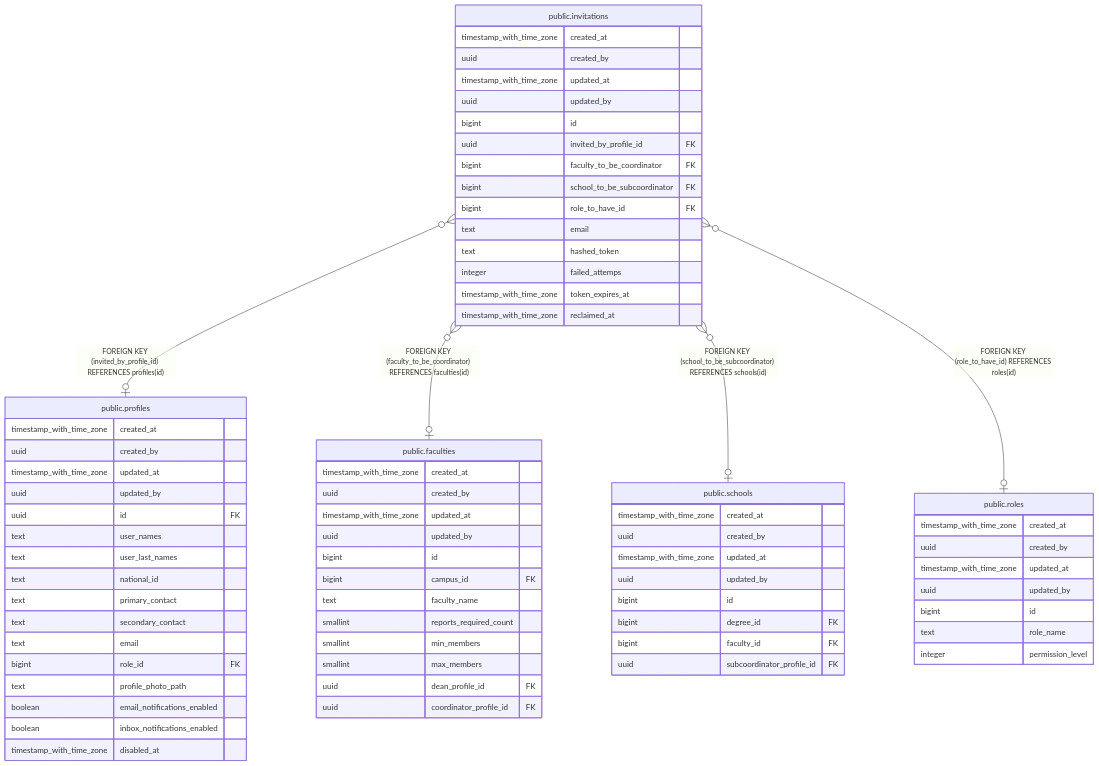
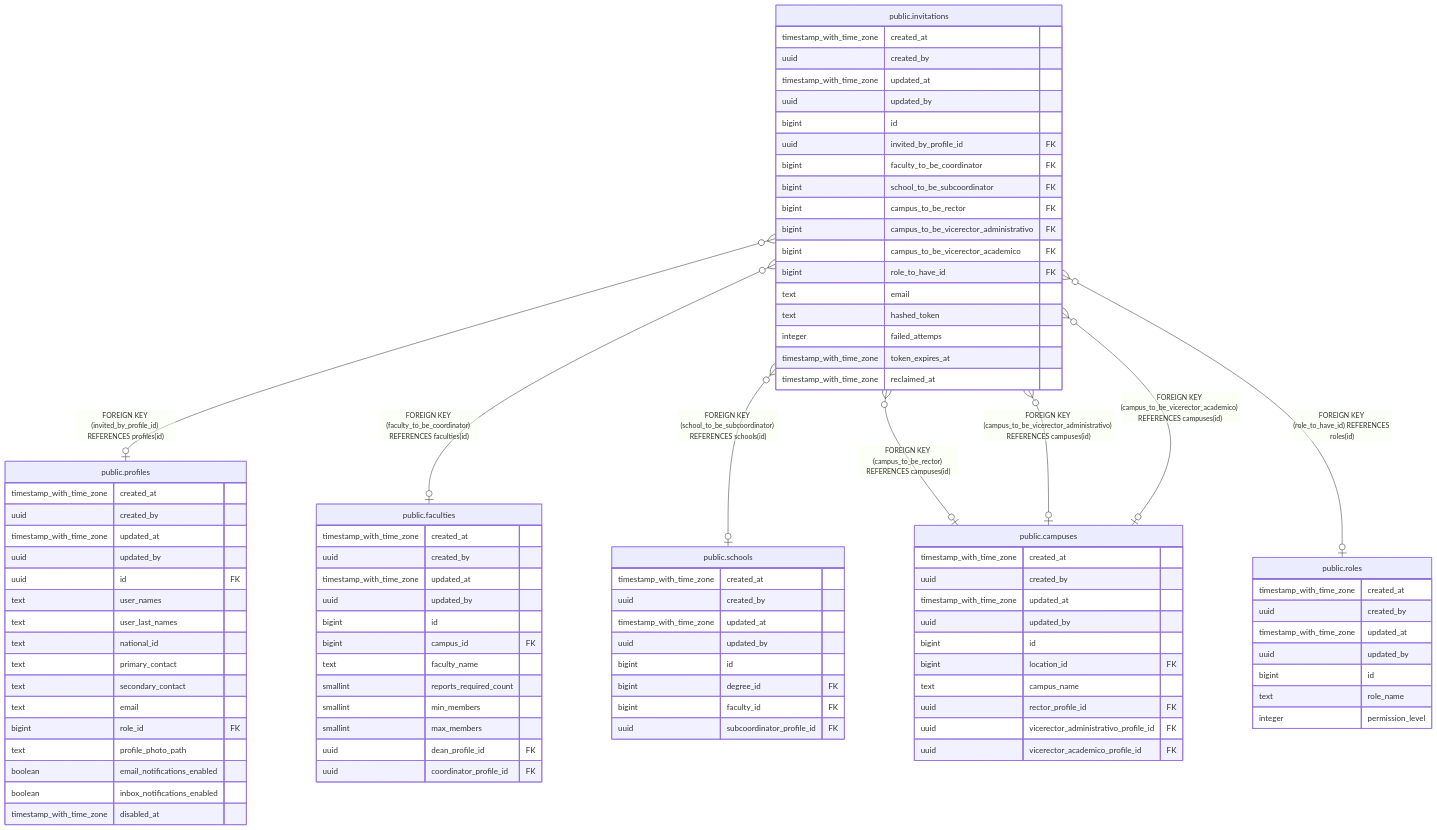
Before and after one commit to icristianhernandez/academic-service-backend: the diagram in docs/db/tbls/public.invitations.md, drawn with Mermaid. The commit also changed other lines of this file and 11 other files, not shown here.

```diff
--- a/docs/db/tbls/public.invitations.md
+++ b/docs/db/tbls/public.invitations.md
@@ -56,6 +62,9 @@
 "public.invitations" }o--o| "public.profiles" : "FOREIGN KEY (invited_by_profile_id) REFERENCES profiles(id)"
 "public.invitations" }o--o| "public.faculties" : "FOREIGN KEY (faculty_to_be_coordinator) REFERENCES faculties(id)"
 "public.invitations" }o--o| "public.schools" : "FOREIGN KEY (school_to_be_subcoordinator) REFERENCES schools(id)"
+"public.invitations" }o--o| "public.campuses" : "FOREIGN KEY (campus_to_be_rector) REFERENCES campuses(id)"
+"public.invitations" }o--o| "public.campuses" : "FOREIGN KEY (campus_to_be_vicerector_administrativo) REFERENCES campuses(id)"
+"public.invitations" }o--o| "public.campuses" : "FOREIGN KEY (campus_to_be_vicerector_academico) REFERENCES campuses(id)"
 "public.invitations" }o--o| "public.roles" : "FOREIGN KEY (role_to_have_id) REFERENCES roles(id)"
 
 "public.invitations" {
@@ -67,6 +76,9 @@
   uuid invited_by_profile_id FK ""
   bigint faculty_to_be_coordinator FK ""
   bigint school_to_be_subcoordinator FK ""
+  bigint campus_to_be_rector FK ""
+  bigint campus_to_be_vicerector_administrativo FK ""
+  bigint campus_to_be_vicerector_academico FK ""
   bigint role_to_have_id FK ""
   text email ""
   text hashed_token ""
@@ -116,6 +128,18 @@
   bigint faculty_id FK ""
   uuid subcoordinator_profile_id FK ""
 }
+"public.campuses" {
+  timestamp_with_time_zone created_at ""
+  uuid created_by ""
+  timestamp_with_time_zone updated_at ""
+  uuid updated_by ""
+  bigint id ""
+  bigint location_id FK ""
+  text campus_name ""
+  uuid rector_profile_id FK ""
+  uuid vicerector_administrativo_profile_id FK ""
+  uuid vicerector_academico_profile_id FK ""
+}
 "public.roles" {
   timestamp_with_time_zone created_at ""
   uuid created_by ""
```
